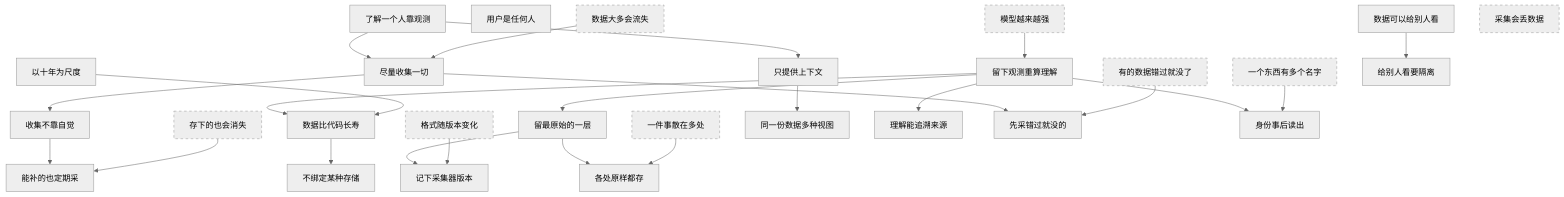
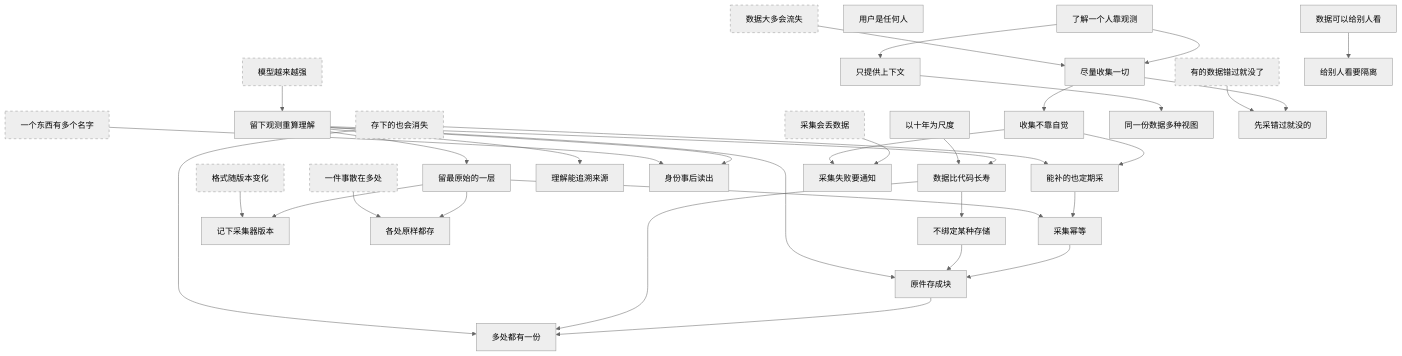
The diagram in src/Docs/Orisumi.Docs/content/docs/requirements/belief.mdx (shenxianovo/Orisumi), drawn with Mermaid (neutral theme) before and after one commit. The commit also changed other lines of this file and 3 other files, not shown here.

First line of the commit message:
docs: settle raw storage as content-addressed blocks

````diff
--- a/src/Docs/Orisumi.Docs/content/docs/requirements/belief.mdx
+++ b/src/Docs/Orisumi.Docs/content/docs/requirements/belief.mdx
@@ -43,6 +43,10 @@
   identity["身份事后读出"]
   everywhere["各处原样都存"]
   revisit["能补的也定期采"]
+  idempotent["采集幂等"]
+  notify["采集失败要通知"]
+  blocks["原件存成块"]
+  replicas["多处都有一份"]
 
   observe --> collect
   loss --> collect
@@ -66,6 +70,16 @@
   scattered --> everywhere
   effortless --> revisit
   vanish --> revisit
+  revisit --> idempotent
+  rawest --> idempotent
+  dropped --> notify
+  effortless --> notify
+  idempotent --> blocks
+  storage --> blocks
+  observationFirst --> blocks
+  blocks --> replicas
+  durable --> replicas
+  vanish --> replicas
 
   classDef hypothesis stroke-dasharray: 5 5
   class models,loss,transient,dropped,formats,names,scattered,vanish hypothesis
@@ -97,4 +111,8 @@
   click identity href "#身份事后读出"
   click everywhere href "#各处原样都存"
   click revisit href "#能补的也定期采"
+  click idempotent href "#采集幂等"
+  click notify href "#采集失败要通知"
+  click blocks href "#原件存成块"
+  click replicas href "#多处都有一份"
 ```
````
